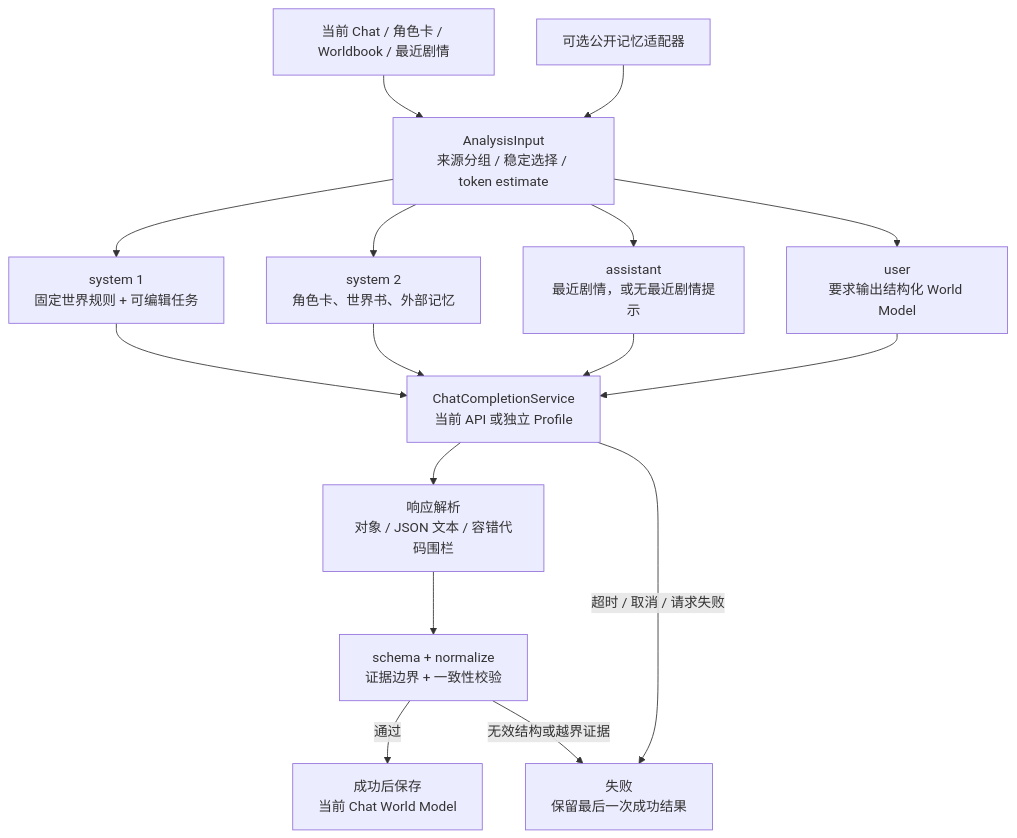
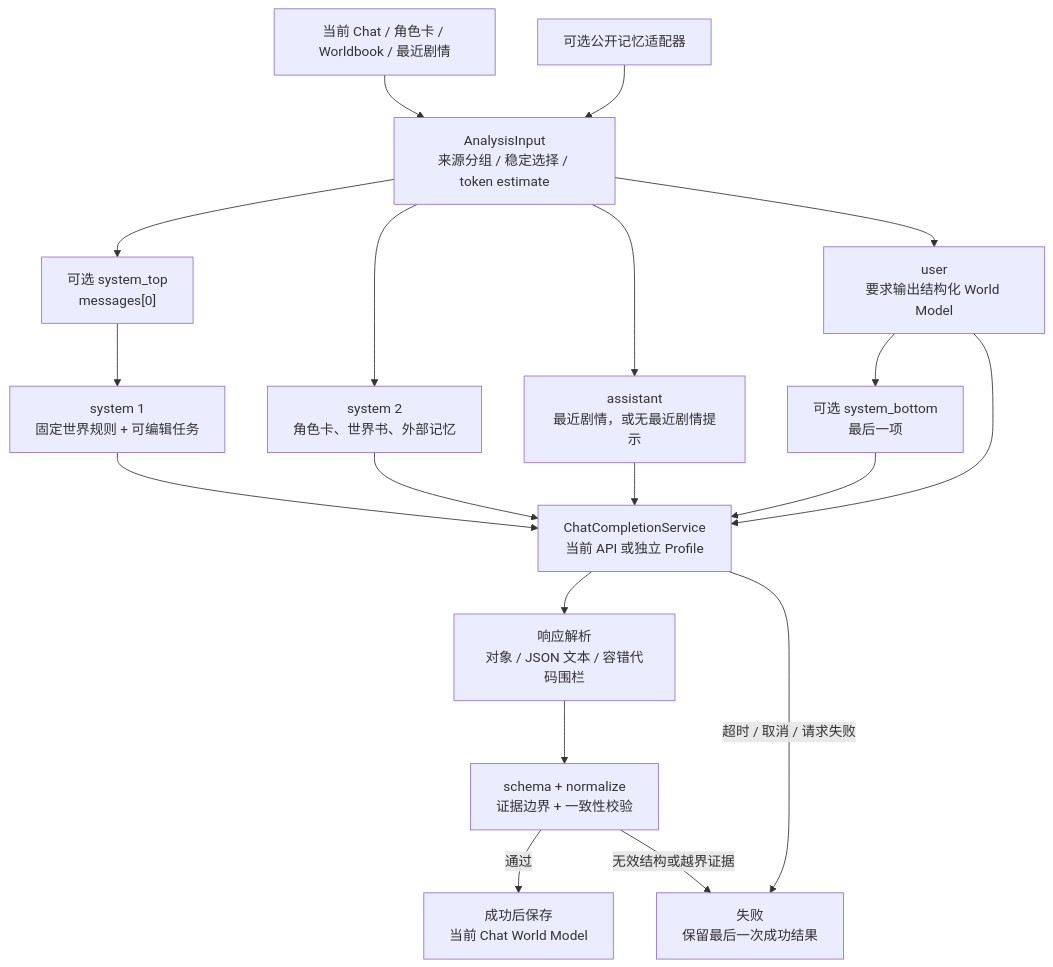
Before and after one commit to tianwuziyan/ST-BioWeave: the second of 2 diagrams in README.md, drawn with Mermaid. The commit also changed other lines of this file and 17 other files, not shown here.

````diff
--- a/README.md
+++ b/README.md
@@ -279,31 +279,36 @@
 ```mermaid
 flowchart TD
     Sources["当前 Chat / 角色卡 / Worldbook / 最近剧情"]
     Memory["可选公开记忆适配器"]
     Input["AnalysisInput<br/>来源分组 / 稳定选择 / token estimate"]
+    Top["可选 system_top<br/>messages[0]"]
     M1["system 1<br/>固定世界规则 + 可编辑任务"]
     M2["system 2<br/>角色卡、世界书、外部记忆"]
     M3["assistant<br/>最近剧情，或无最近剧情提示"]
     M4["user<br/>要求输出结构化 World Model"]
+    Bottom["可选 system_bottom<br/>最后一项"]
     Client["ChatCompletionService<br/>当前 API 或独立 Profile"]
     Parse["响应解析<br/>对象 / JSON 文本 / 容错代码围栏"]
     Guard["schema + normalize<br/>证据边界 + 一致性校验"]
     Save["成功后保存<br/>当前 Chat World Model"]
     Keep["失败<br/>保留最后一次成功结果"]
 
     Sources --> Input
     Memory --> Input
-    Input --> M1
+    Input --> Top
+    Top --> M1
     Input --> M2
     Input --> M3
     Input --> M4
+    M4 --> Bottom
     M1 --> Client
     M2 --> Client
     M3 --> Client
     M4 --> Client
+    Bottom --> Client
     Client --> Parse
     Parse --> Guard
     Guard -->|通过| Save
     Client -->|超时 / 取消 / 请求失败| Keep
     Guard -->|无效结构或越界证据| Keep
 ```
````
